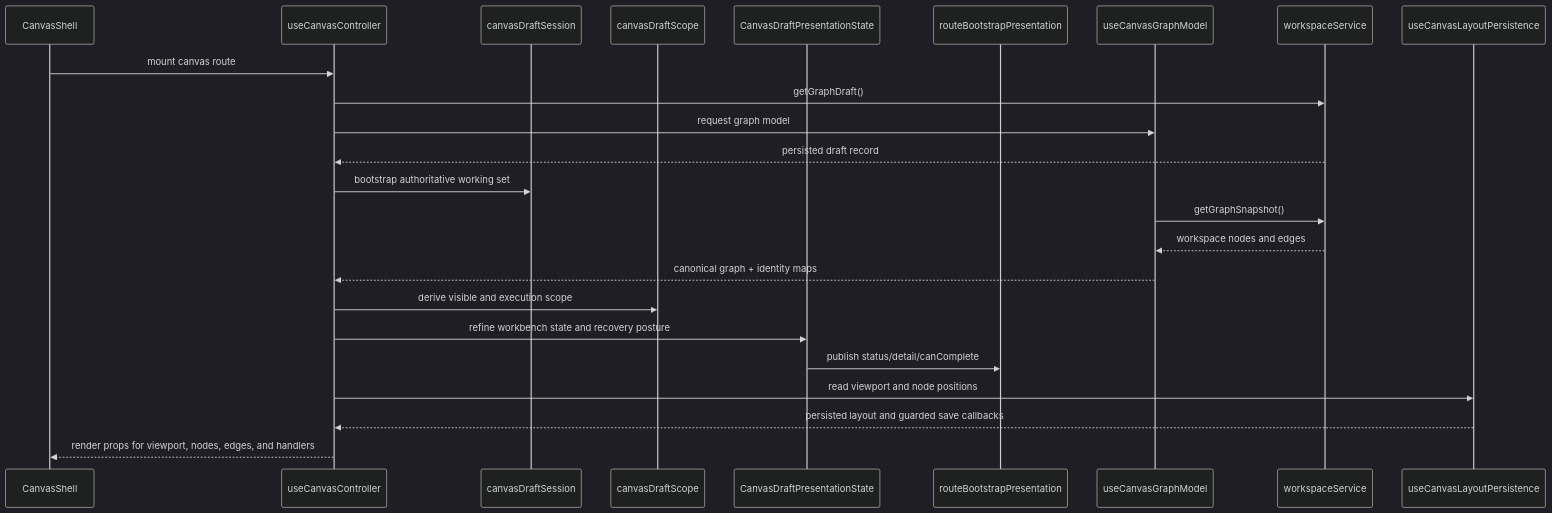
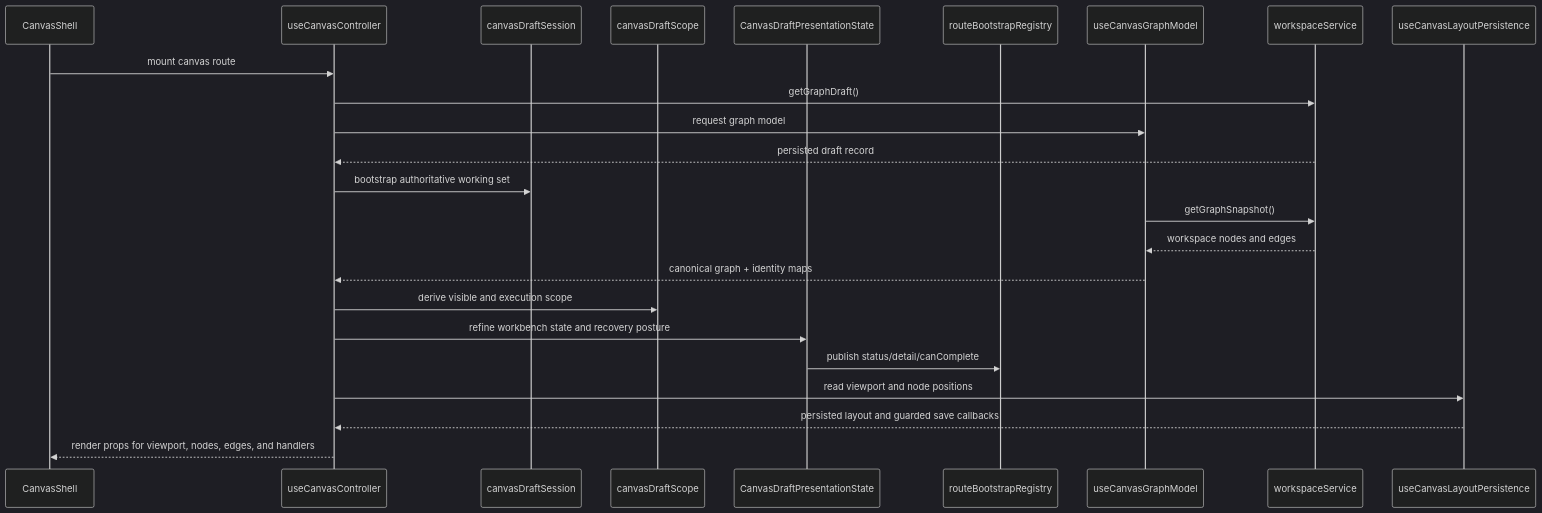
The fifth of 8 diagrams in docs/architecture/components/web/graph/canvas-controller-current-to-target-architecture.md (dunay2/dvt), drawn with Mermaid (dark theme) before and after one commit. The commit also changed other lines of this file and 34 other files, not shown here.

Commit message:
refactor(web): Split route bootstrap ownership and align graph docs

````diff
--- a/docs/architecture/components/web/graph/canvas-controller-current-to-target-architecture.md
+++ b/docs/architecture/components/web/graph/canvas-controller-current-to-target-architecture.md
@@ -357,27 +383,27 @@
 ```mermaid
 sequenceDiagram
   participant Shell as CanvasShell
   participant Controller as useCanvasController
   participant DraftSession as canvasDraftSession
   participant DraftScope as canvasDraftScope
   participant Presentation as CanvasDraftPresentationState
-  participant RouteBootstrap as routeBootstrapPresentation
+  participant RouteBootstrap as routeBootstrapRegistry
   participant GraphModel as useCanvasGraphModel
   participant Workspace as workspaceService
   participant Persistence as useCanvasLayoutPersistence
 
   Shell->>Controller: mount canvas route
   Controller->>Workspace: getGraphDraft()
   Controller->>GraphModel: request graph model
   Workspace-->>Controller: persisted draft record
   Controller->>DraftSession: bootstrap authoritative working set
   GraphModel->>Workspace: getGraphSnapshot()
   Workspace-->>GraphModel: workspace nodes and edges
   GraphModel-->>Controller: canonical graph + identity maps
   Controller->>DraftScope: derive visible and execution scope
   Controller->>Presentation: refine workbench state and recovery posture
   Presentation->>RouteBootstrap: publish status/detail/canComplete
   Controller->>Persistence: read viewport and node positions
   Persistence-->>Controller: persisted layout and guarded save callbacks
   Controller-->>Shell: render props for viewport, nodes, edges, and handlers
 ```
````
